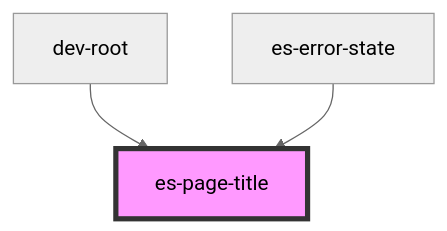
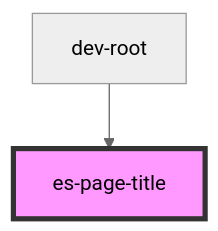
One commit to EventStore/Design-System changed the diagram in packages/layout/src/components/es-page-title/readme.md. Above: the diagram before and after it, drawn with Mermaid (neutral theme). The commit also changed other lines of this file and 14 other files, not shown here.

Commit message:
Rework `es-error-state` to `es-display-error` - add static `isHTTPError` to `HTTPError` for more reliable checking - rename `es-error-state` to `es-display-error` - add variants (page, small, landscape) - add default illustration

````diff
--- a/packages/layout/src/components/es-page-title/readme.md
+++ b/packages/layout/src/components/es-page-title/readme.md
@@ -34,6 +33,5 @@
 ```mermaid
 graph TD;
   dev-root --> es-page-title
-  es-error-state --> es-page-title
   style es-page-title fill:#f9f,stroke:#333,stroke-width:4px
 ```
````
